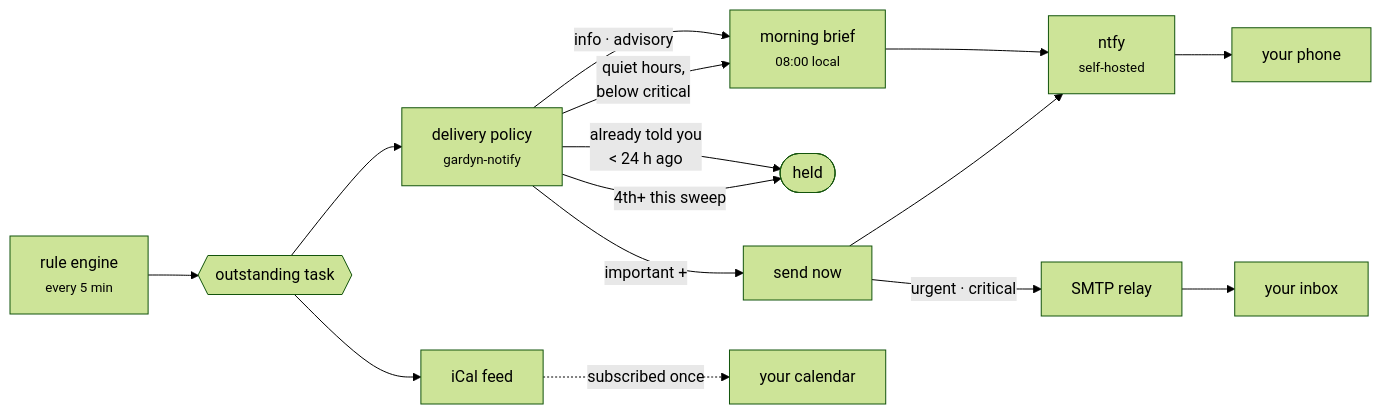
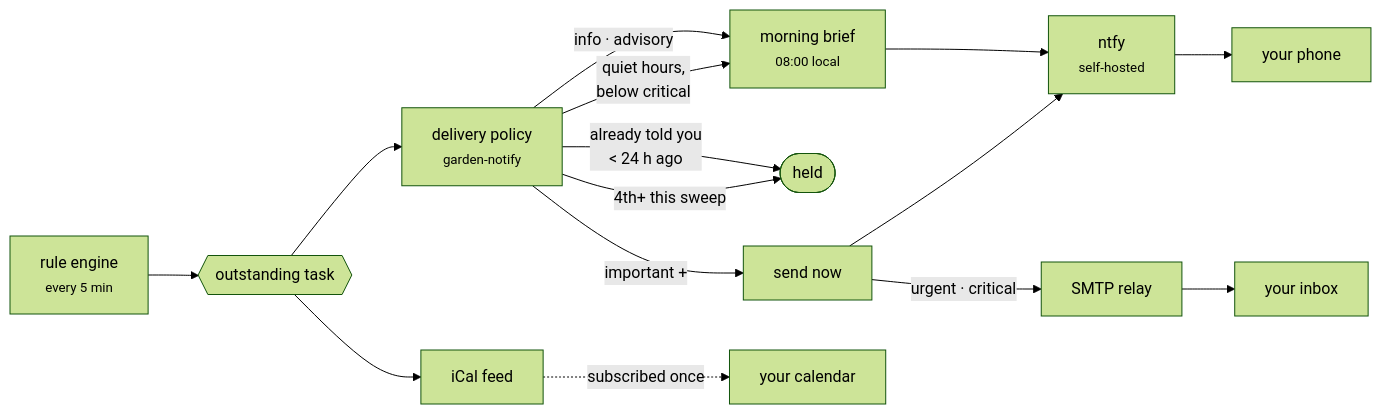
The first of 2 diagrams in NOTIFICATIONS.md (aero530/garden_monitor), drawn with Mermaid (forest theme) before and after one commit. The commit also changed other lines of this file and 272 other files, not shown here.

First line of the commit message:
Rename the project from gardyn to garden

````diff
--- a/NOTIFICATIONS.md
+++ b/NOTIFICATIONS.md
@@ -10,20 +10,20 @@
 ```mermaid
 flowchart LR
   rules["rule engine<br/><small>every 5 min</small>"] --> task{{"outstanding task"}}
-  task --> policy["delivery policy<br/><small>gardyn-notify</small>"]
+  task --> policy["delivery policy<br/><small>garden-notify</small>"]
 
   policy -->|"info · advisory"| brief["morning brief<br/><small>08:00 local</small>"]
   policy -->|"quiet hours,<br/>below critical"| brief
   policy -->|"already told you<br/>&lt; 24 h ago"| drop(["held"])
   policy -->|"4th+ this sweep"| drop
   policy -->|"important +"| send["send now"]
 
   send --> ntfy["ntfy<br/><small>self-hosted</small>"]
   send -->|"urgent · critical"| smtp["SMTP relay"]
   brief --> ntfy
 
   ntfy --> phone["your phone"]
   smtp --> inbox["your inbox"]
   cal["iCal feed"] -.->|"subscribed once"| calendar["your calendar"]
   task --> cal
 ```
````
